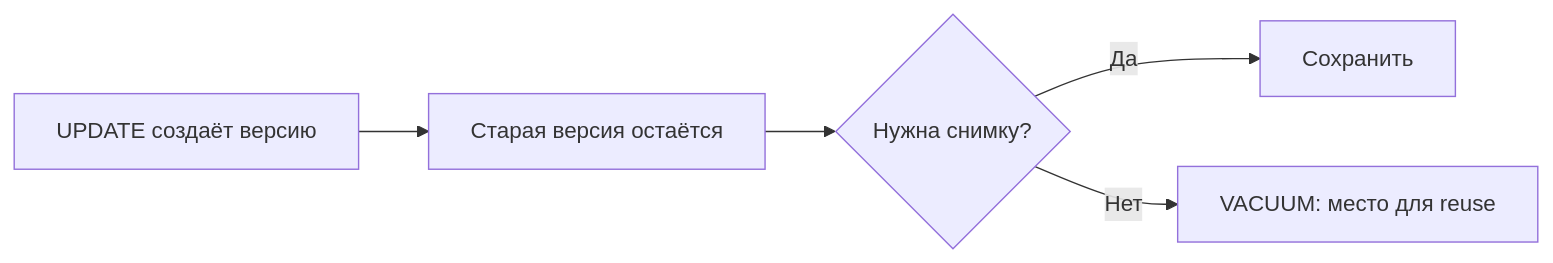
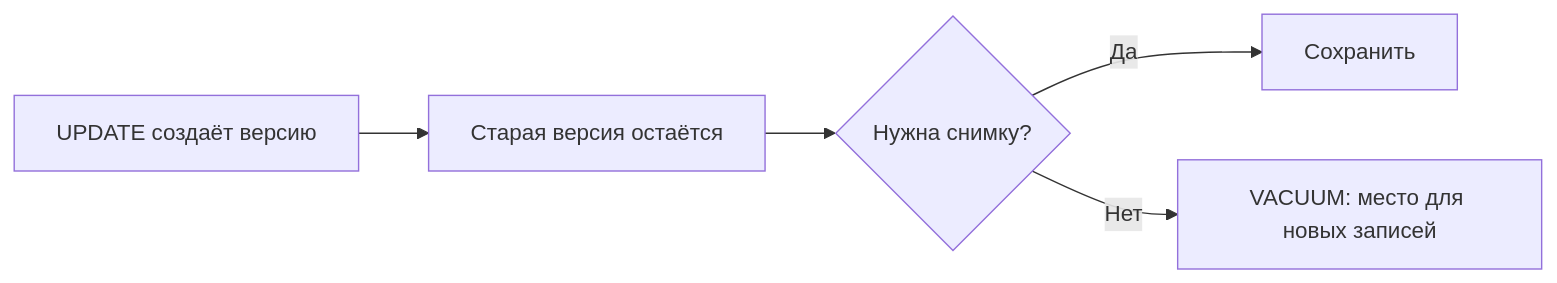
One commit to leary1337/vault changed the diagram in docs/databases/postgresql/vacuum.md. Above: the diagram before and after it, drawn with Mermaid. The commit also changed other lines of this file and 325 other files, not shown here.

````diff
--- a/docs/databases/postgresql/vacuum.md
+++ b/docs/databases/postgresql/vacuum.md
@@ -58,7 +40,7 @@
 ```mermaid
 flowchart LR
     Update[UPDATE создаёт версию] --> Dead[Старая версия остаётся]
     Dead --> Needed{Нужна снимку?}
     Needed -->|Да| Keep[Сохранить]
-    Needed -->|Нет| Reuse[VACUUM: место для reuse]
+    Needed -->|Нет| Reuse[VACUUM: место для новых записей]
 ```
````
